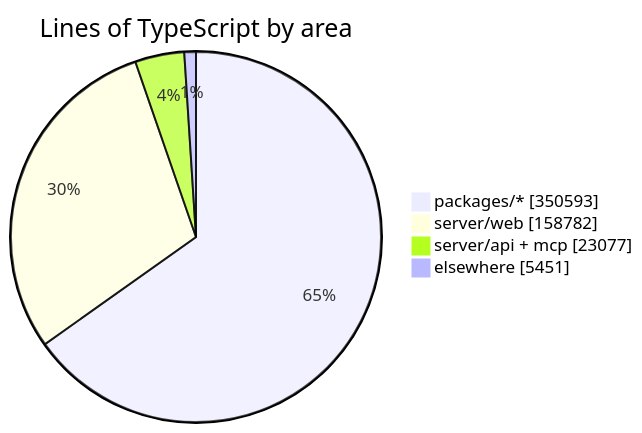
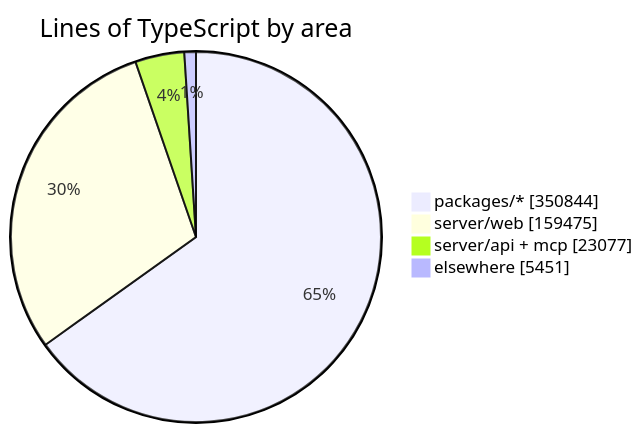
The diagram in README.md (crossworks-engineering/mantle), drawn with Mermaid before and after one commit. The commit also changed other lines of this file and 2 other files, not shown here.

````diff
--- a/README.md
+++ b/README.md
@@ -294,7 +294,7 @@
 ```mermaid
 pie showData title Lines of TypeScript by area
-    "packages/*" : 350593
-    "server/web" : 158782
+    "packages/*" : 350844
+    "server/web" : 159475
     "server/api + mcp" : 23077
     "elsewhere" : 5451
 ```
````
